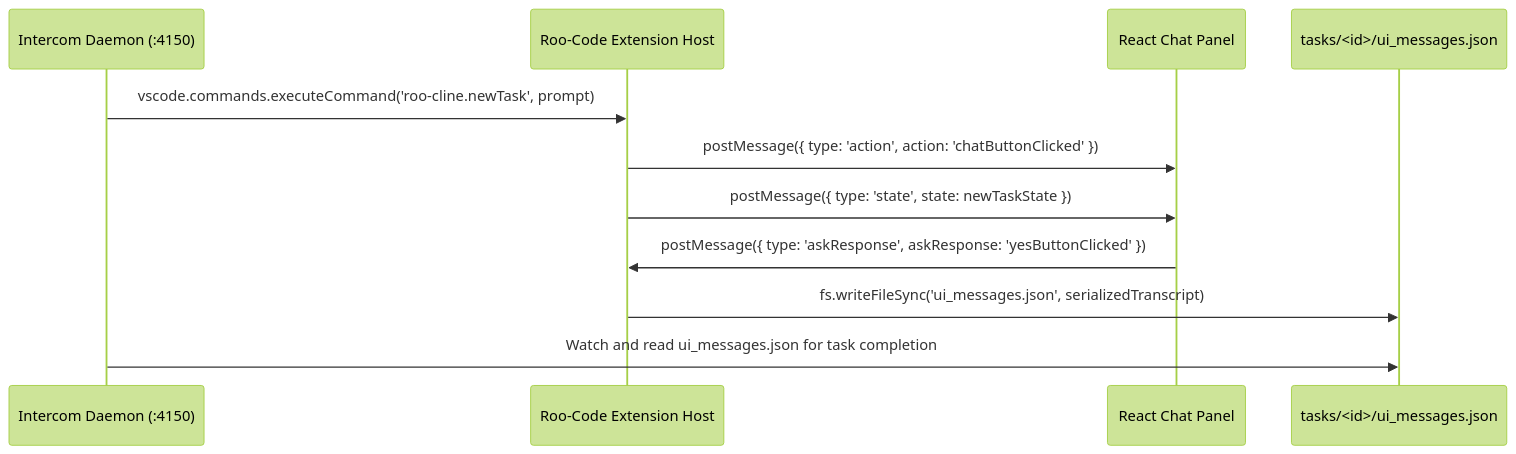
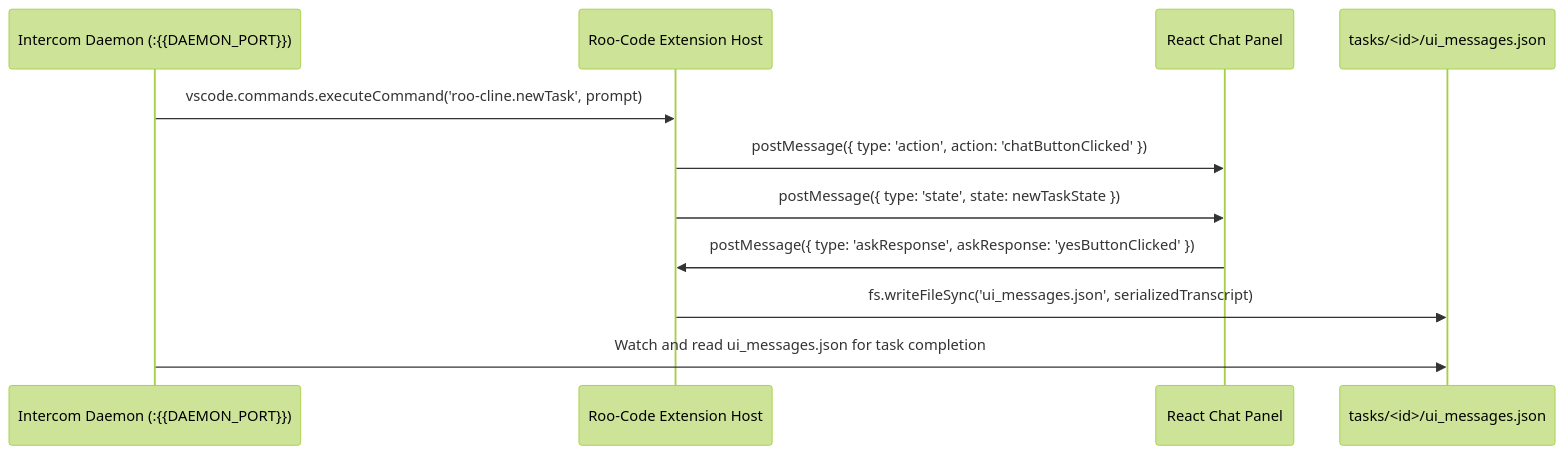
One commit to Suran123s/intercom-global changed the first of 2 diagrams in docs/REAL_WORLD_EXAMPLES.md. Above: the diagram before and after it, drawn with Mermaid (forest theme). The commit also changed other lines of this file and 5 other files, not shown here.

````diff
--- a/docs/REAL_WORLD_EXAMPLES.md
+++ b/docs/REAL_WORLD_EXAMPLES.md
@@ -61,14 +63,14 @@
 ```mermaid
 sequenceDiagram
-    participant Intercom as Intercom Daemon (:4150)
+    participant Intercom as Intercom Daemon (:{{DAEMON_PORT}})
     participant Extension as Roo-Code Extension Host
     participant Webview as React Chat Panel
     participant Disk as tasks/<id>/ui_messages.json
 
     Intercom->>Extension: vscode.commands.executeCommand('roo-cline.newTask', prompt)
     Extension->>Webview: postMessage({ type: 'action', action: 'chatButtonClicked' })
     Extension->>Webview: postMessage({ type: 'state', state: newTaskState })
     Webview->>Extension: postMessage({ type: 'askResponse', askResponse: 'yesButtonClicked' })
     Extension->>Disk: fs.writeFileSync('ui_messages.json', serializedTranscript)
     Intercom->>Disk: Watch and read ui_messages.json for task completion
 ```
````
